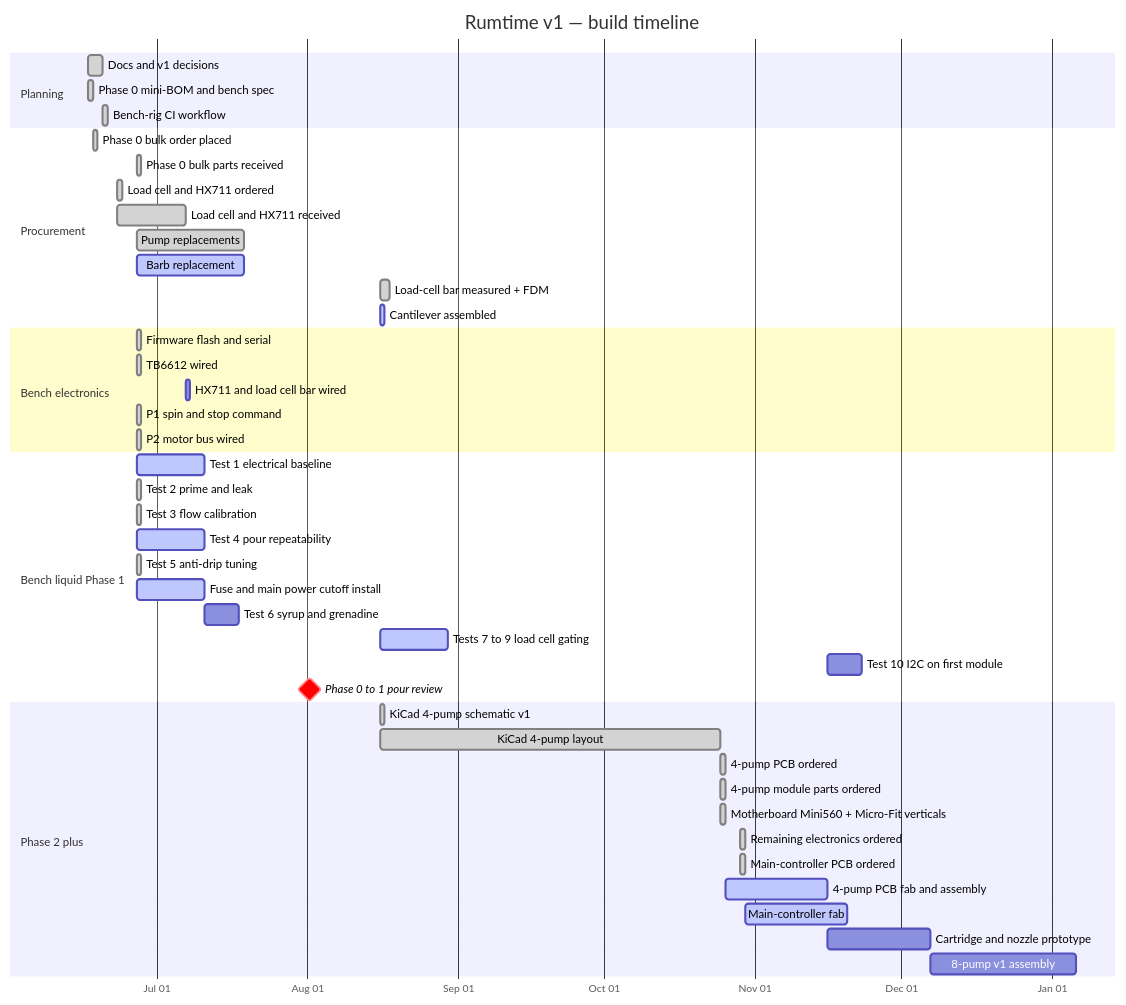
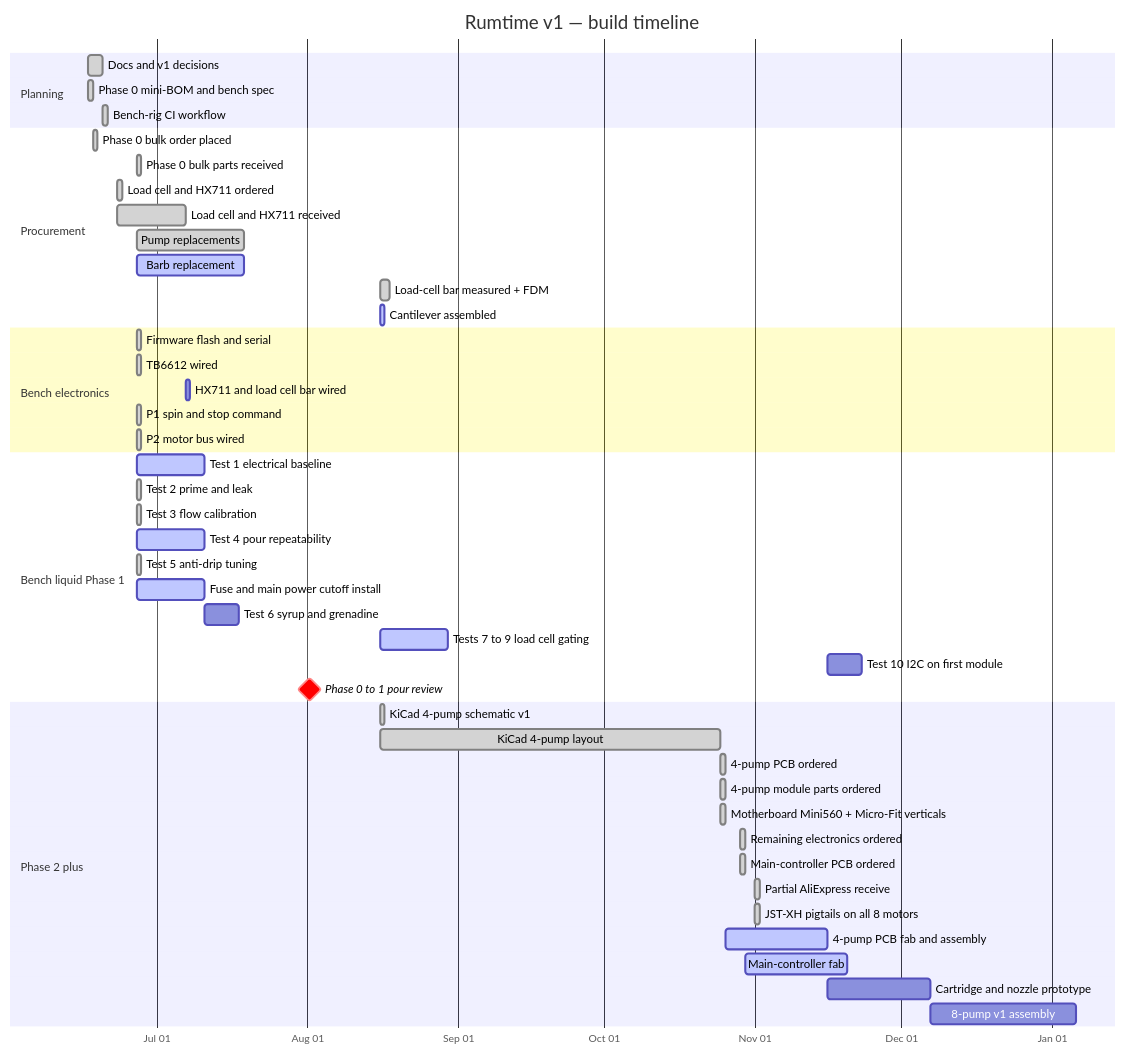
Before and after one commit to cjlawson02/Rumtime: the diagram in docs/15-project-timeline.md, drawn with Mermaid. The commit also changed other lines of this file and 2 other files, not shown here.

First line of the commit message:
Log Nov 1 parts receive and motor JST harness.

````diff
--- a/docs/15-project-timeline.md
+++ b/docs/15-project-timeline.md
@@ -11,53 +11,55 @@
 ```mermaid
 gantt
     title Rumtime v1 — build timeline
     dateFormat YYYY-MM-DD
     axisFormat %b %d
 
     section Planning
     Docs and v1 decisions           :done, plan, 2026-06-17, 3d
     Phase 0 mini-BOM and bench spec :done, bom, 2026-06-17, 1d
     Bench-rig CI workflow           :done, ci, 2026-06-20, 1d
 
     section Procurement
     Phase 0 bulk order placed      :done, po, 2026-06-18, 1d
     Phase 0 bulk parts received    :done, recv, 2026-06-27, 1d
     Load cell and HX711 ordered     :done, lc_po, 2026-06-23, 1d
     Load cell and HX711 received    :done, lc_recv, 2026-06-23, 14d
     Pump replacements              :done, pump_returns, 2026-06-27, 22d
     Barb replacement               :active, barb_return, 2026-06-27, 22d
     Load-cell bar measured + FDM   :done, lc_cad, 2026-08-16, 2d
     Cantilever assembled           :active, lc_asm, 2026-08-16, 1d
 
     section Bench electronics
     Firmware flash and serial       :done, fw, 2026-06-27, 1d
     TB6612 wired                    :done, wire, 2026-06-27, 1d
     HX711 and load cell bar wired   :lc_wire, after lc_recv, 1d
     P1 spin and stop command        :done, p1e, 2026-06-27, 1d
     P2 motor bus wired              :done, p2e, 2026-06-27, 1d
 
     section Bench liquid Phase 1
     Test 1 electrical baseline      :active, t1, 2026-06-27, 14d
     Test 2 prime and leak           :done, t2, 2026-06-27, 1d
     Test 3 flow calibration         :done, t3, 2026-06-27, 1d
     Test 4 pour repeatability       :active, t4, 2026-06-27, 14d
     Test 5 anti-drip tuning         :done, t5, 2026-06-27, 1d
     Fuse and main power cutoff install    :active, safe, 2026-06-27, 14d
     Test 6 syrup and grenadine      :t6, 2026-07-11, 7d
     Tests 7 to 9 load cell gating   :active, t79, 2026-08-16, 14d
     Test 10 I2C on first module     :t10, after p2fab, 7d
     Phase 0 to 1 pour review        :milestone, crit, p01exit, 2026-08-01, 1d
 
     section Phase 2 plus
     KiCad 4-pump schematic v1      :done, p2sch, 2026-08-16, 1d
     KiCad 4-pump layout            :done, p2des, 2026-08-16, 70d
     4-pump PCB ordered             :done, p2po, 2026-10-25, 1d
     4-pump module parts ordered    :done, p2parts, 2026-10-25, 1d
     Motherboard Mini560 + Micro-Fit verticals :done, mbparts, 2026-10-25, 1d
     Remaining electronics ordered  :done, mbparts2, 2026-10-29, 1d
     Main-controller PCB ordered    :done, mbpo, 2026-10-29, 1d
+    Partial AliExpress receive     :done, ae_recv1, 2026-11-01, 1d
+    JST-XH pigtails on all 8 motors :done, jst8, 2026-11-01, 1d
     4-pump PCB fab and assembly    :active, p2fab, after p2po, 21d
     Main-controller fab            :active, mbfab, after mbpo, 21d
     Cartridge and nozzle prototype  :p3, after p2fab, 21d
     8-pump v1 assembly              :p4, after p3, 30d
 ```
````
